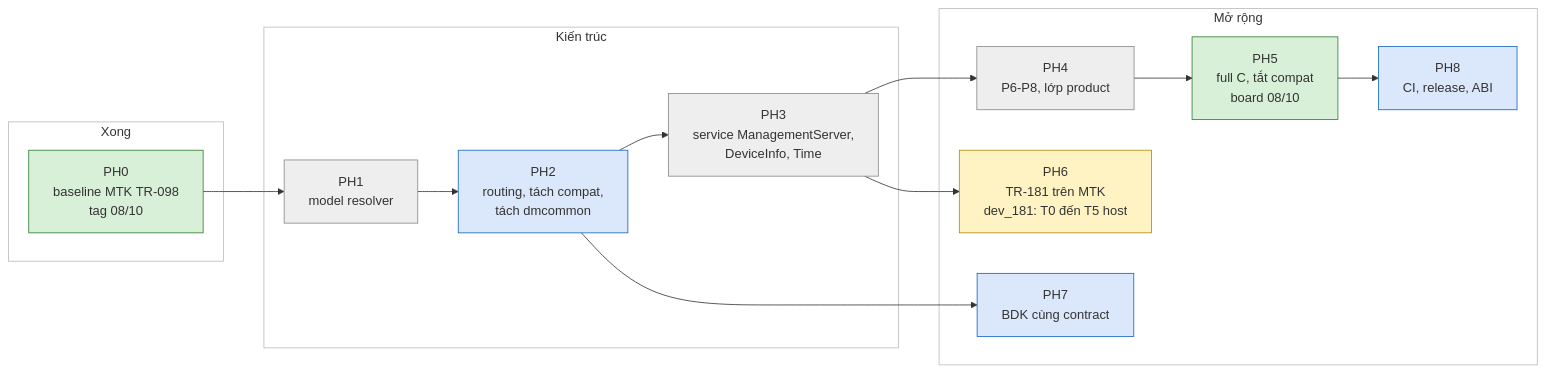
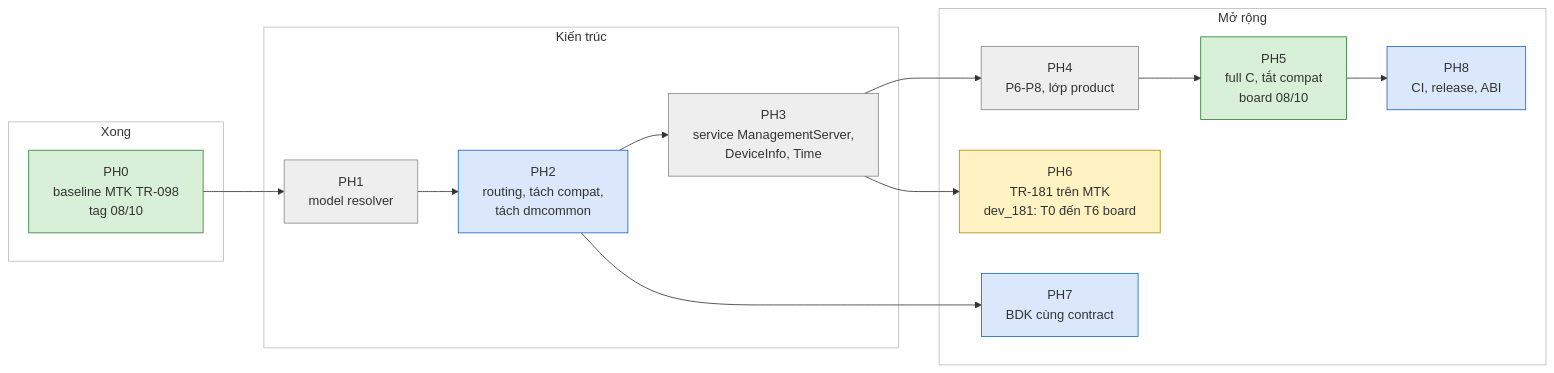
Before and after one commit to tunguyenvanbn94/icwmpMultiSdk: the diagram in docs/handover/icwmp_progress_matrix.md, drawn with Mermaid. The commit also changed other lines of this file and 3 other files, not shown here.

First line of the commit message:
docs: T6 on the board -- dev_181 built in 2_src, TR-098/TR-181 pairs equal on HP2236B

````diff
--- a/docs/handover/icwmp_progress_matrix.md
+++ b/docs/handover/icwmp_progress_matrix.md
@@ -17,34 +17,34 @@
 ```mermaid
 flowchart LR
     subgraph NOW["Xong"]
         PH0["PH0<br/>baseline MTK TR-098<br/>tag 08/10"]
     end
     subgraph NEXT["Kiến trúc"]
         PH1["PH1<br/>model resolver"]
         PH2["PH2<br/>routing, tách compat,<br/>tách dmcommon"]
         PH3["PH3<br/>service ManagementServer,<br/>DeviceInfo, Time"]
     end
     subgraph LATER["Mở rộng"]
         PH4["PH4<br/>P6-P8, lớp product"]
         PH5["PH5<br/>full C, tắt compat<br/>board 08/10"]
-        PH6["PH6<br/>TR-181 trên MTK<br/>dev_181: T0 đến T5 host"]
+        PH6["PH6<br/>TR-181 trên MTK<br/>dev_181: T0 đến T6 board"]
         PH7["PH7<br/>BDK cùng contract"]
         PH8["PH8<br/>CI, release, ABI"]
     end
     PH0 --> PH1 --> PH2 --> PH3 --> PH4 --> PH5
     PH3 --> PH6
     PH2 --> PH7
     PH5 --> PH8
     style NOW fill:#ffffff,stroke:#bbbbbb
     style NEXT fill:#ffffff,stroke:#bbbbbb
     style LATER fill:#ffffff,stroke:#bbbbbb
     style PH0 fill:#d8f0d8,stroke:#2e7d32
     style PH2 fill:#dbe8fb,stroke:#1565c0
     style PH7 fill:#dbe8fb,stroke:#1565c0
     style PH8 fill:#dbe8fb,stroke:#1565c0
     style PH1 fill:#eeeeee,stroke:#888888
     style PH3 fill:#eeeeee,stroke:#888888
     style PH4 fill:#eeeeee,stroke:#888888
     style PH5 fill:#d8f0d8,stroke:#2e7d32
     style PH6 fill:#fff3c4,stroke:#b58900
 ```
````
